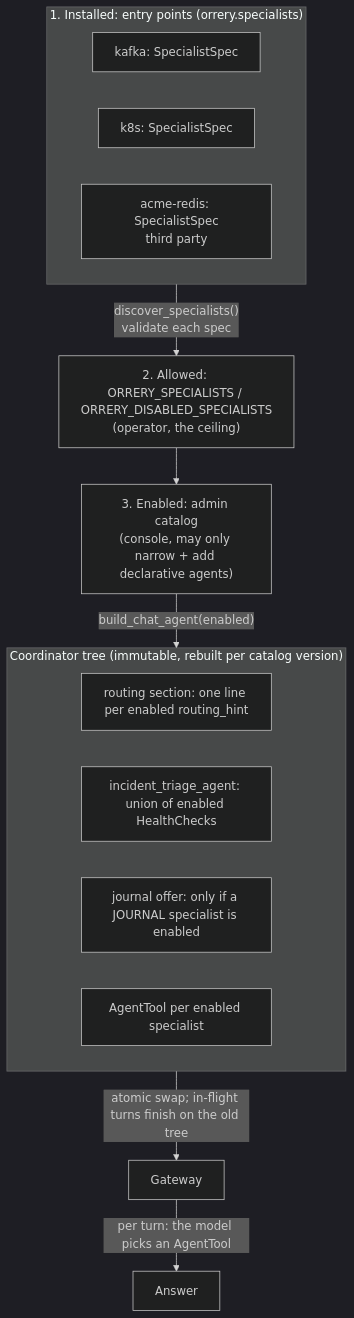
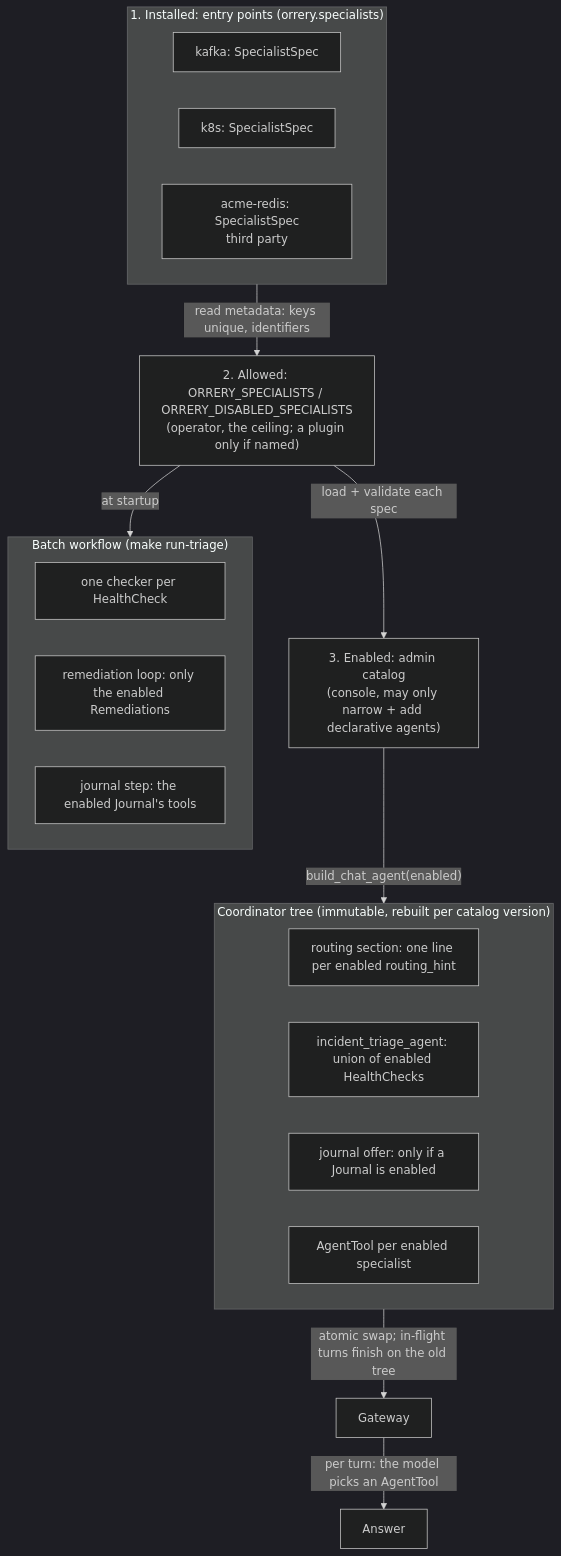
Before and after one commit to BAHALLA/orrery: the diagram in docs/adr/005-specialist-selection.md, drawn with Mermaid (dark theme). The commit also changed other lines of this file and 20 other files, not shown here.

First line of the commit message:
fix(registry): act, journal and trust only through declarations

````diff
--- a/docs/adr/005-specialist-selection.md
+++ b/docs/adr/005-specialist-selection.md
@@ -51,19 +54,25 @@
 ```mermaid
 flowchart TB
   subgraph Install["1. Installed: entry points (orrery.specialists)"]
     S1[kafka: SpecialistSpec]
     S2[k8s: SpecialistSpec]
     S3[acme-redis: SpecialistSpec<br/>third party]
   end
-  Install -->|"discover_specialists()<br/>validate each spec"| Env
-  Env["2. Allowed: ORRERY_SPECIALISTS / ORRERY_DISABLED_SPECIALISTS<br/>(operator, the ceiling)"] --> Cat
+  Install -->|"read metadata: keys unique, identifiers"| Env
+  Env["2. Allowed: ORRERY_SPECIALISTS / ORRERY_DISABLED_SPECIALISTS<br/>(operator, the ceiling; a plugin only if named)"] -->|"load + validate each spec"| Cat
   Cat["3. Enabled: admin catalog<br/>(console, may only narrow + add declarative agents)"] -->|"build_chat_agent(enabled)"| Tree
   subgraph Tree["Coordinator tree (immutable, rebuilt per catalog version)"]
     R["routing section: one line per enabled routing_hint"]
     T["incident_triage_agent: union of enabled HealthChecks"]
-    J["journal offer: only if a JOURNAL specialist is enabled"]
+    J["journal offer: only if a Journal is enabled"]
     A["AgentTool per enabled specialist"]
+  end
+  Env -->|"at startup"| Batch
+  subgraph Batch["Batch workflow (make run-triage)"]
+    C["one checker per HealthCheck"]
+    L["remediation loop: only the enabled Remediations"]
+    W["journal step: the enabled Journal's tools"]
   end
   Tree -->|"atomic swap; in-flight turns finish on the old tree"| Gateway
   Gateway -->|"per turn: the model picks an AgentTool"| Answer
 ```
````
